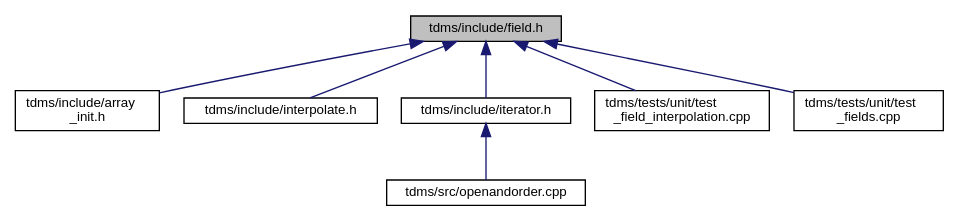
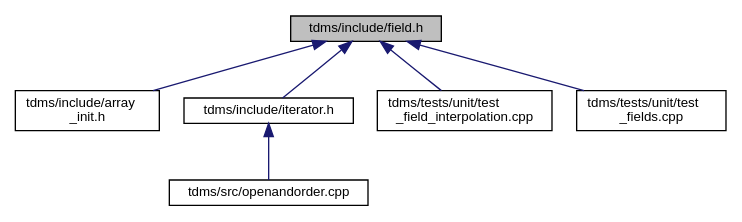
One commit to UCL/TDMS changed the diagram in field_8h__dep__incl.dot. Above: the diagram before and after it, drawn with Graphviz. The commit also changed 113 other files, not shown here.

```diff
--- a/field_8h__dep__incl.dot
+++ b/field_8h__dep__incl.dot
@@ -1,19 +1,17 @@
 digraph "tdms/include/field.h"
 {
  // LATEX_PDF_SIZE
   edge [fontname="Helvetica",fontsize="10",labelfontname="Helvetica",labelfontsize="10"];
   node [fontname="Helvetica",fontsize="10",shape=record];
   Node1 [label="tdms/include/field.h",height=0.2,width=0.4,color="black", fillcolor="grey75", style="filled", fontcolor="black",tooltip="Classes for the electric and magnetic (split) fields on a grid."];
   Node1 -> Node2 [dir="back",color="midnightblue",fontsize="10",style="solid",fontname="Helvetica"];
   Node2 [label="tdms/include/array\l_init.h",height=0.2,width=0.4,color="black", fillcolor="white", style="filled",URL="$array__init_8h.html",tooltip="A collection of functions for array initialisation given MATLAB pointers."];
   Node1 -> Node3 [dir="back",color="midnightblue",fontsize="10",style="solid",fontname="Helvetica"];
-  Node3 [label="tdms/include/interpolate.h",height=0.2,width=0.4,color="black", fillcolor="white", style="filled",URL="$interpolate_8h.html",tooltip="Interpolation of field values within FDTD grid."];
-  Node1 -> Node4 [dir="back",color="midnightblue",fontsize="10",style="solid",fontname="Helvetica"];
-  Node4 [label="tdms/include/iterator.h",height=0.2,width=0.4,color="black", fillcolor="white", style="filled",URL="$iterator_8h.html",tooltip="The main time propogation algorithm."];
-  Node4 -> Node5 [dir="back",color="midnightblue",fontsize="10",style="solid",fontname="Helvetica"];
-  Node5 [label="tdms/src/openandorder.cpp",height=0.2,width=0.4,color="black", fillcolor="white", style="filled",URL="$openandorder_8cpp.html",tooltip="Launch and file IO."];
+  Node3 [label="tdms/include/iterator.h",height=0.2,width=0.4,color="black", fillcolor="white", style="filled",URL="$iterator_8h.html",tooltip="The main time propogation algorithm."];
+  Node3 -> Node4 [dir="back",color="midnightblue",fontsize="10",style="solid",fontname="Helvetica"];
+  Node4 [label="tdms/src/openandorder.cpp",height=0.2,width=0.4,color="black", fillcolor="white", style="filled",URL="$openandorder_8cpp.html",tooltip="Launch and file IO."];
+  Node1 -> Node5 [dir="back",color="midnightblue",fontsize="10",style="solid",fontname="Helvetica"];
+  Node5 [label="tdms/tests/unit/test\l_field_interpolation.cpp",height=0.2,width=0.4,color="black", fillcolor="white", style="filled",URL="$test__field__interpolation_8cpp.html",tooltip="Tests interpolation of E- and H-fields and compares the errors against MATLAB benchmarks."];
   Node1 -> Node6 [dir="back",color="midnightblue",fontsize="10",style="solid",fontname="Helvetica"];
-  Node6 [label="tdms/tests/unit/test\l_field_interpolation.cpp",height=0.2,width=0.4,color="black", fillcolor="white", style="filled",URL="$test__field__interpolation_8cpp.html",tooltip="Tests interpolation of E- and H-fields and compares the errors against MATLAB benchmarks."];
-  Node1 -> Node7 [dir="back",color="midnightblue",fontsize="10",style="solid",fontname="Helvetica"];
-  Node7 [label="tdms/tests/unit/test\l_fields.cpp",height=0.2,width=0.4,color="black", fillcolor="white", style="filled",URL="$test__fields_8cpp.html",tooltip="Test of the Field class and subclasses."];
+  Node6 [label="tdms/tests/unit/test\l_fields.cpp",height=0.2,width=0.4,color="black", fillcolor="white", style="filled",URL="$test__fields_8cpp.html",tooltip="Test of the Field class and subclasses."];
 }
```
